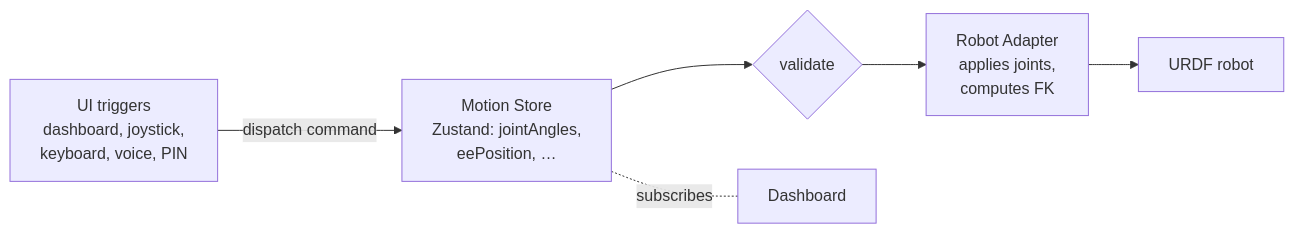
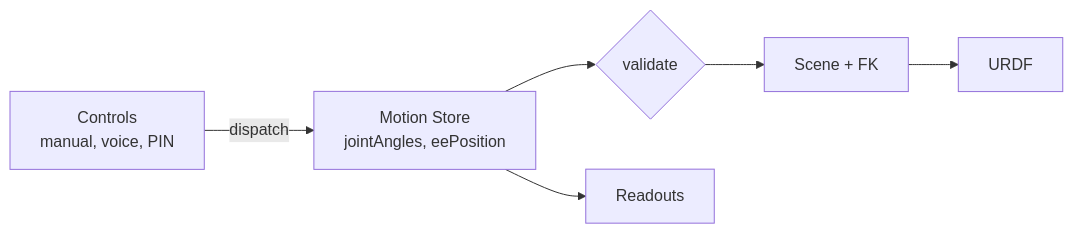
One commit to ShafayetSadi/iut-techathon-onsite changed the first of 4 diagrams in README.md. Above: the diagram before and after it, drawn with Mermaid. The commit also changed other lines of this file and 2 other files, not shown here.

Commit message:
docs: updated architecture and readme

````diff
--- a/README.md
+++ b/README.md
@@ -73,15 +73,15 @@
 ```mermaid
 flowchart LR
-    UI[UI triggers<br/>dashboard, joystick,<br/>keyboard, voice, PIN]
-    Store[Motion Store<br/>Zustand: jointAngles,<br/>eePosition, …]
+    UI[Controls<br/>manual, voice, PIN]
+    Store[Motion Store<br/>jointAngles, eePosition]
     Validate{validate}
-    Adapter[Robot Adapter<br/>applies joints,<br/>computes FK]
-    URDF[URDF robot]
-    Dashboard[Dashboard]
+    Scene[Scene + FK]
+    URDF[URDF]
+    Dashboard[Readouts]
 
-    UI -->|dispatch command| Store
+    UI -->|dispatch| Store
     Store --> Validate
-    Validate --> Adapter
-    Adapter --> URDF
-    Store -.subscribes.- Dashboard
+    Validate --> Scene
+    Scene --> URDF
+    Store --> Dashboard
 ```
````
